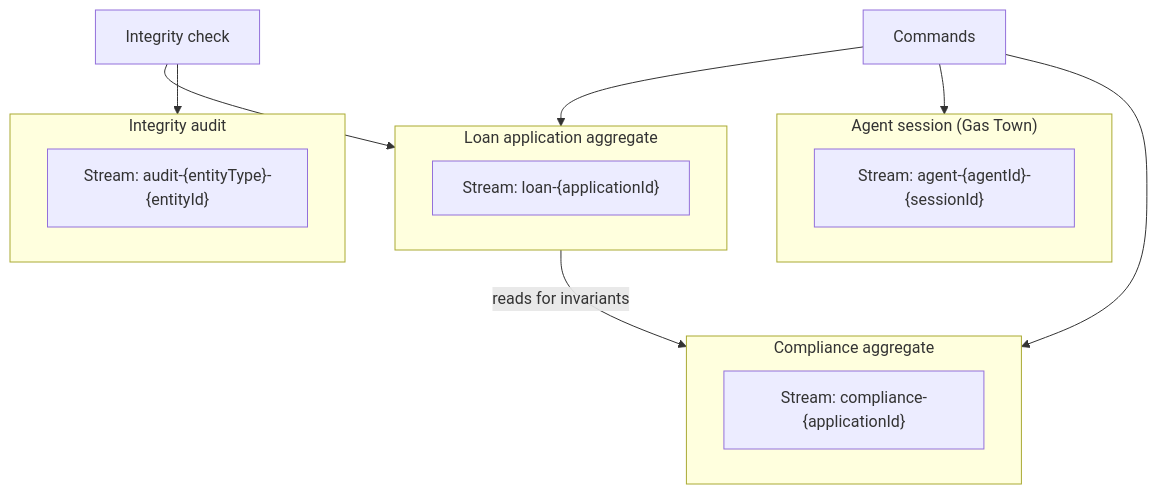
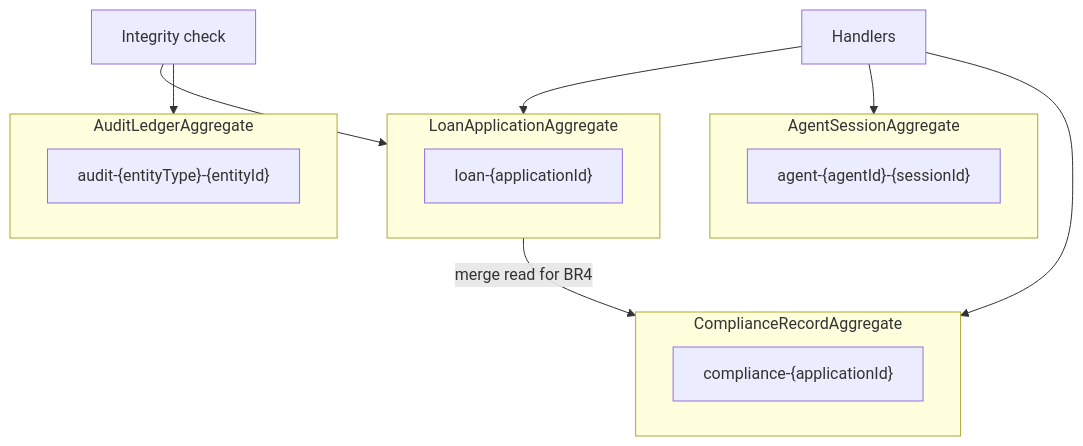
The third of 7 diagrams in FINAL_SUBMISSION_REPORT.md (Kemrish/The-Ledger), drawn with Mermaid before and after one commit. The commit also changed other lines of this file and 23 other files, not shown here.

````diff
--- a/FINAL_SUBMISSION_REPORT.md
+++ b/FINAL_SUBMISSION_REPORT.md
@@ -139,25 +255,25 @@
 ```mermaid
 flowchart TB
-    subgraph Loan["Loan application aggregate"]
-        LS["Stream: loan-{applicationId}"]
+    subgraph Loan["LoanApplicationAggregate"]
+        LS["loan-{applicationId}"]
     end
 
-    subgraph Agent["Agent session (Gas Town)"]
-        AS["Stream: agent-{agentId}-{sessionId}"]
+    subgraph Agent["AgentSessionAggregate"]
+        AS["agent-{agentId}-{sessionId}"]
     end
 
-    subgraph Compliance["Compliance aggregate"]
-        CS["Stream: compliance-{applicationId}"]
+    subgraph Comp["ComplianceRecordAggregate"]
+        CS["compliance-{applicationId}"]
     end
 
-    subgraph Audit["Integrity audit"]
-        AD["Stream: audit-{entityType}-{entityId}"]
+    subgraph Aud["AuditLedgerAggregate"]
+        AD["audit-{entityType}-{entityId}"]
     end
 
-    Loan -->|reads for invariants| Compliance
-    CMD2[Commands] --> Loan
-    CMD2 --> Agent
-    CMD2 --> Compliance
-    INT[Integrity check] --> Loan
-    INT --> Audit
+    Loan -->|merge read for BR4| Comp
+    H[Handlers] --> Loan
+    H --> Agent
+    H --> Comp
+    IC[Integrity check] --> Loan
+    IC --> Aud
 ```
````
